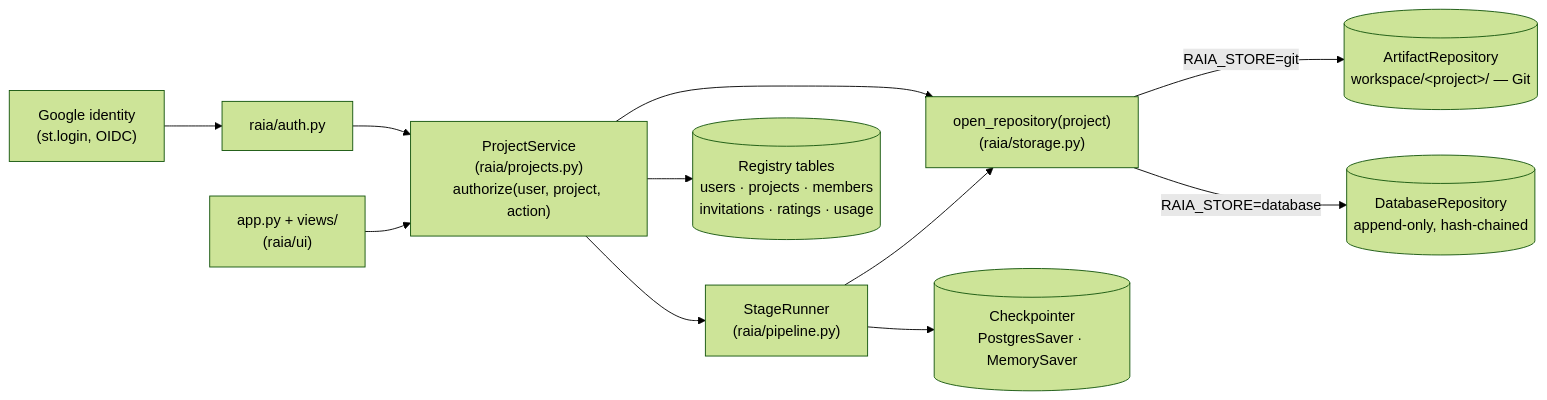
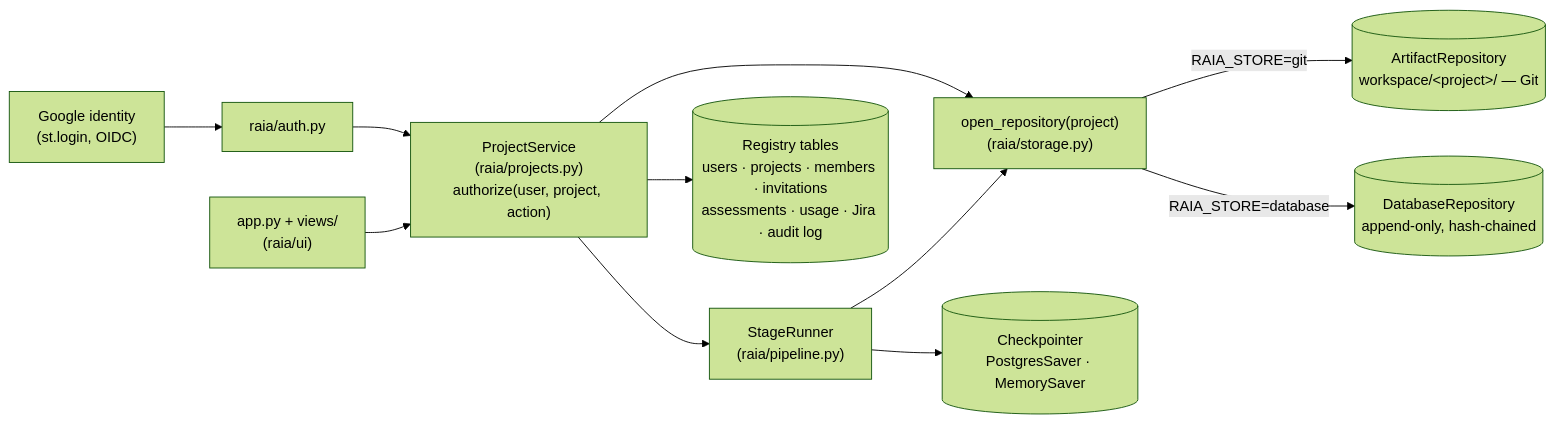
One commit to DiogoCampanha/raia changed the fifth of 12 diagrams in docs/architecture.md. Above: the diagram before and after it, drawn with Mermaid (forest theme). The commit also changed other lines of this file and 16 other files, not shown here.

````diff
--- a/docs/architecture.md
+++ b/docs/architecture.md
@@ -175,13 +202,13 @@
 ```mermaid
 flowchart LR
     ID["Google identity<br/>(st.login, OIDC)"] --> AUTH["raia/auth.py"]
     AUTH --> SVC["ProjectService<br/>(raia/projects.py)<br/>authorize(user, project, action)"]
     UI["app.py + views/<br/>(raia/ui)"] --> SVC
     SVC --> RUN["StageRunner<br/>(raia/pipeline.py)"]
     SVC --> OPENREPO["open_repository(project)<br/>(raia/storage.py)"]
     RUN --> OPENREPO
     OPENREPO -->|"RAIA_STORE=git"| GIT[("ArtifactRepository<br/>workspace/&lt;project&gt;/ — Git")]
     OPENREPO -->|"RAIA_STORE=database"| DBR[("DatabaseRepository<br/>append-only, hash-chained")]
     RUN --> CP[("Checkpointer<br/>PostgresSaver · MemorySaver")]
-    SVC --> REG[("Registry tables<br/>users · projects · members<br/>invitations · ratings · usage")]
+    SVC --> REG[("Registry tables<br/>users · projects · members · invitations<br/>assessments · usage · Jira · audit log")]
 ```
````
